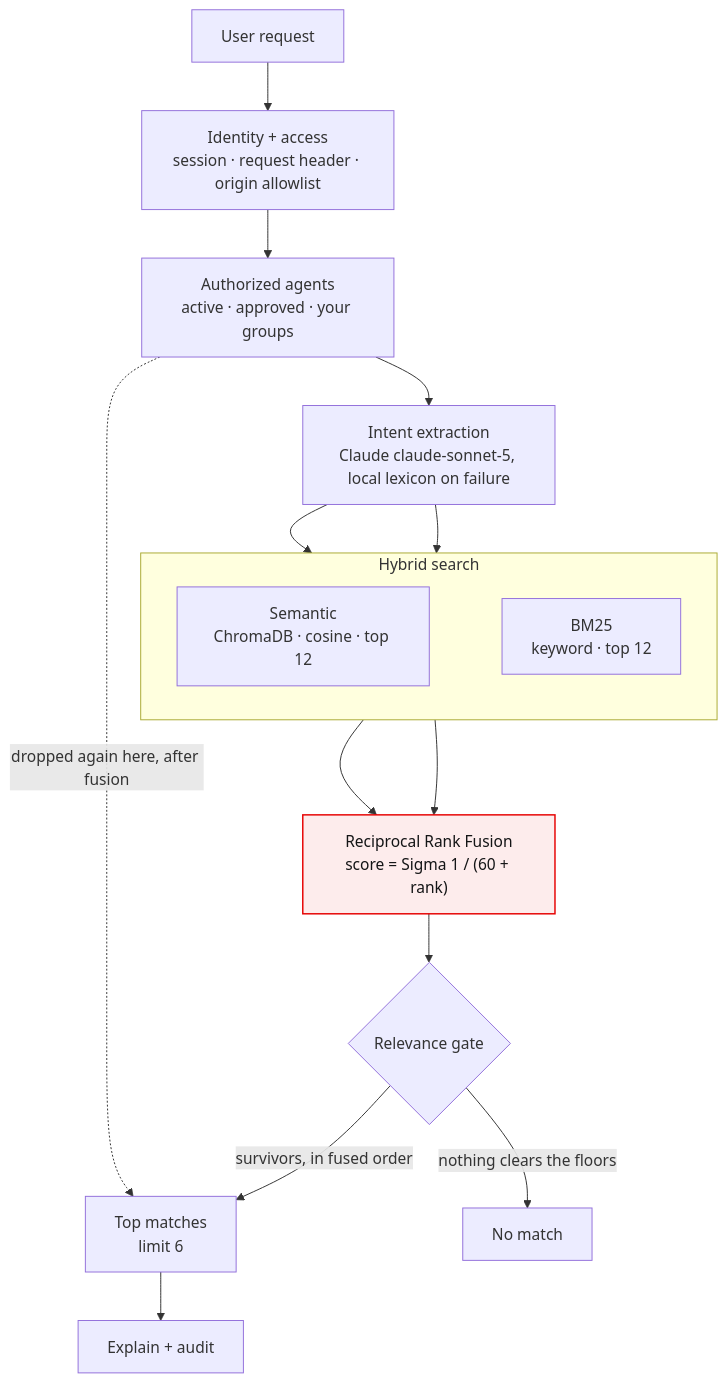
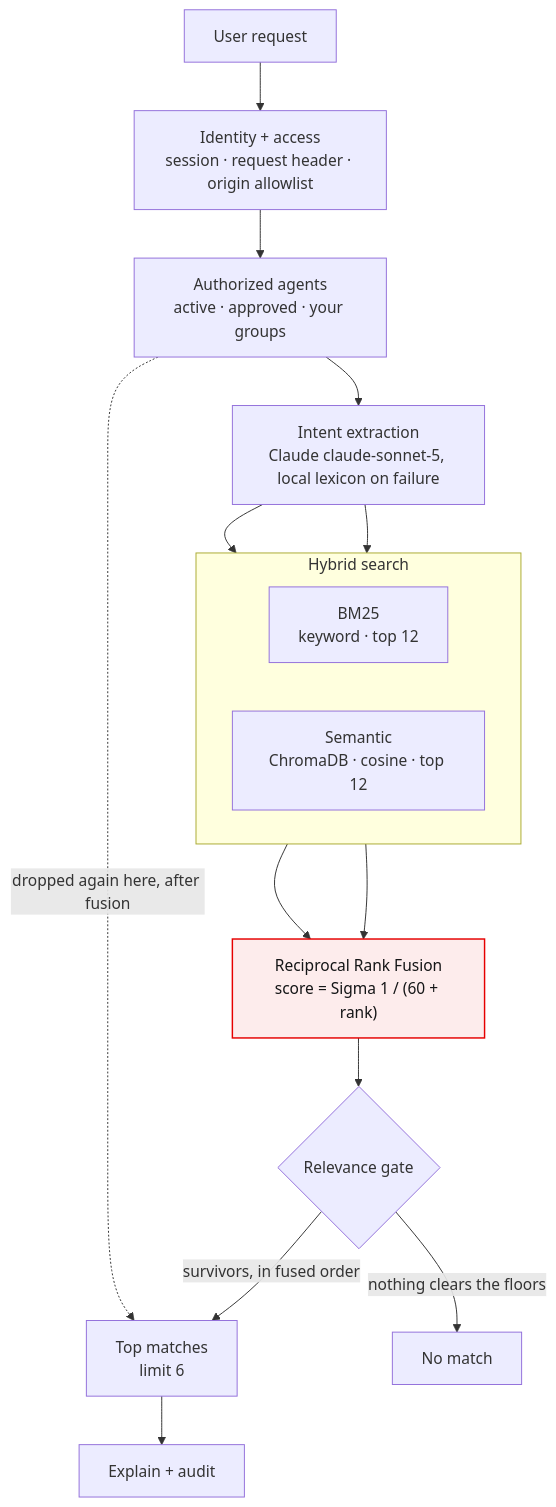
The diagram in docs/search-flow.md (vivekprojects-GIT/CreditWiz), drawn with Mermaid before and after one commit.

Commit message:
Put Semantic on the left of the hybrid-search box
An invisible link stacked the two retrievers vertically instead of ordering
them. Inside an LR subgraph the layout engine reverses declaration order, so
declaring BM25 first draws Semantic left, matching how the flow is presented.
Checked against a rendered mermaid build rather than inferred.

````diff
--- a/docs/search-flow.md
+++ b/docs/search-flow.md
@@ -10,35 +10,34 @@
 ```mermaid
 flowchart TB
   Q["User request"]
   A["Identity + access<br/>session · request header · origin allowlist"]
   V["Authorized agents<br/>active · approved · your groups"]
   I["Intent extraction<br/>Claude claude-sonnet-5, local lexicon on failure"]
   R["Reciprocal Rank Fusion<br/>score = Sigma 1 / (60 + rank)"]
   G{"Relevance gate"}
   T["Top matches<br/>limit 6"]
   N["No match"]
   X["Explain + audit"]
 
   subgraph H ["Hybrid search"]
     direction LR
+    K["BM25<br/>keyword · top 12"]
     S["Semantic<br/>ChromaDB · cosine · top 12"]
-    K["BM25<br/>keyword · top 12"]
-    S ~~~ K
   end
 
   Q --> A
   A --> V
   V --> I
   I --> S
   I --> K
   S --> R
   K --> R
   R --> G
   G -- "survivors, in fused order" --> T
   G -- "nothing clears the floors" --> N
   T --> X
   V -. "dropped again here, after fusion" .-> T
 
   classDef fuse fill:#fdecec,stroke:#e60000,stroke-width:1.5px,color:#141516
   class R fuse
 ```
````
